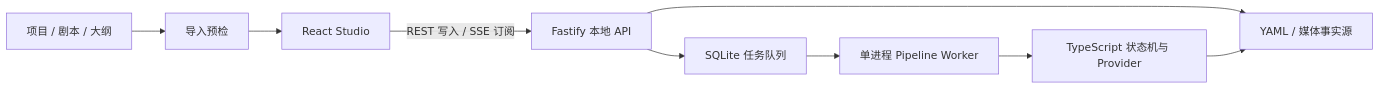
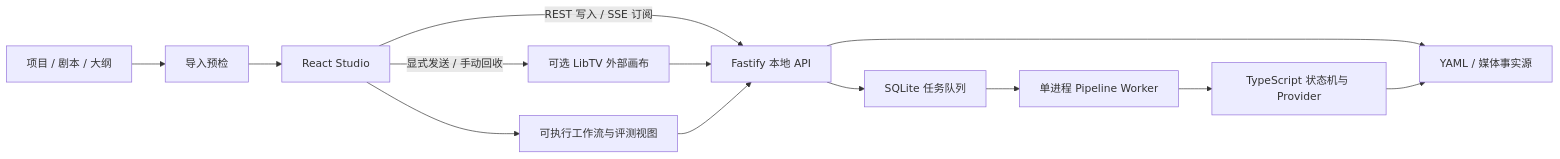
One commit to Janettbella69/AI-amnTV changed the diagram in docs/architecture.md. Above: the diagram before and after it, drawn with Mermaid. The commit also changed other lines of this file and 23 other files, not shown here.

Commit message:
feat: add LibTV workflow and evaluation system

````diff
--- a/docs/architecture.md
+++ b/docs/architecture.md
@@ -15,11 +15,15 @@
 ```mermaid
 flowchart LR
   Source["项目 / 剧本 / 大纲"] --> Import["导入预检"]
   Import --> UI["React Studio"]
   UI -->|REST 写入 / SSE 订阅| API["Fastify 本地 API"]
+  UI -->|显式发送 / 手动回收| LibTV["可选 LibTV 外部画布"]
+  UI --> Workflow["可执行工作流与评测视图"]
   API --> Queue["SQLite 任务队列"]
   Queue --> Worker["单进程 Pipeline Worker"]
   Worker --> Core["TypeScript 状态机与 Provider"]
   API --> Files["YAML / 媒体事实源"]
+  LibTV --> API
+  Workflow --> API
   Core --> Files
 ```
````
